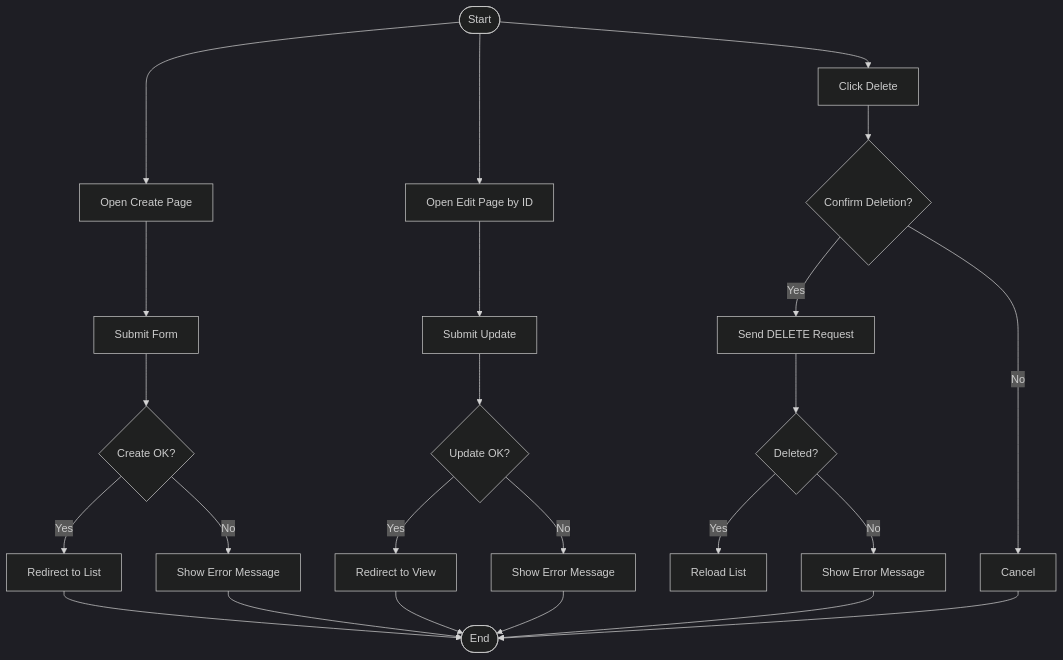
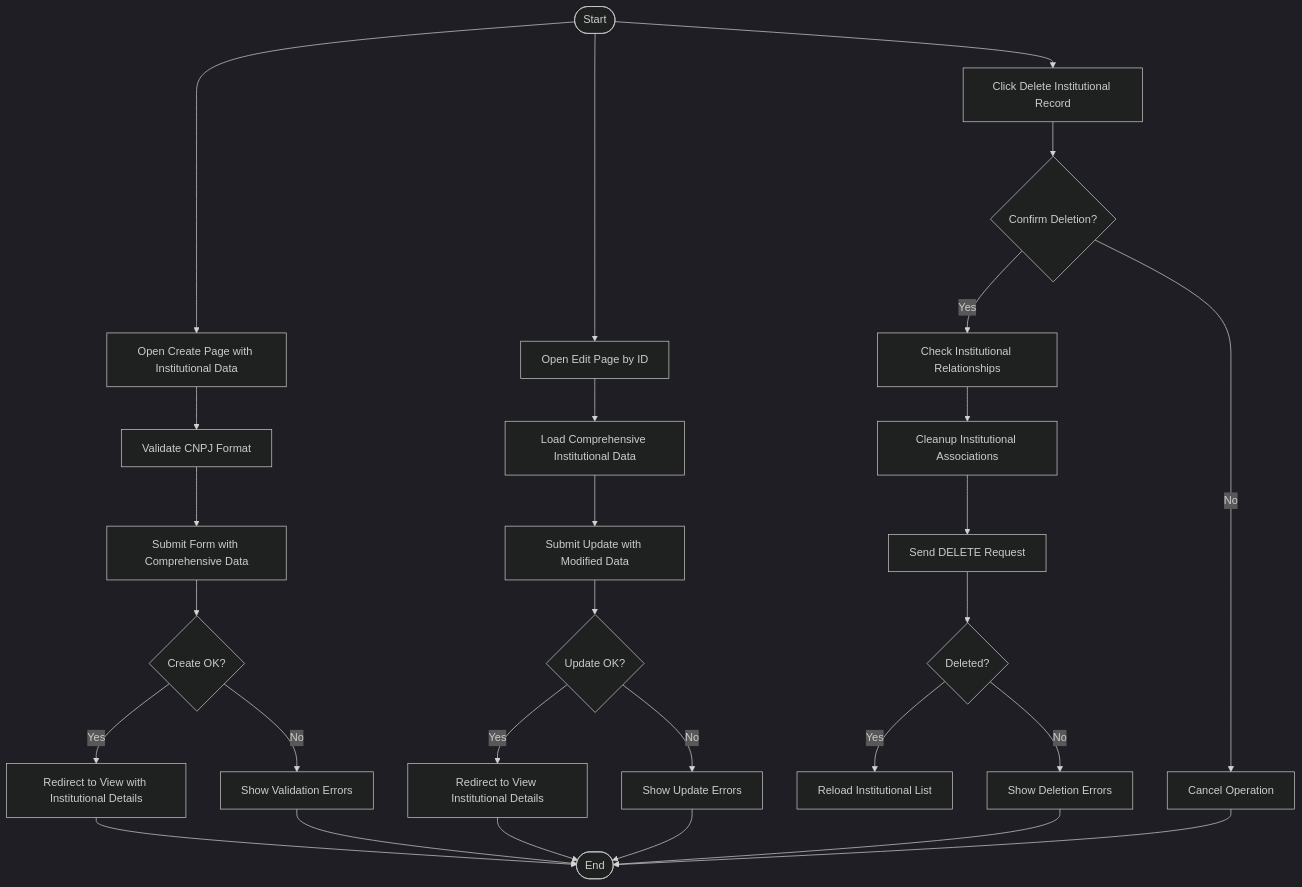
The fifth of 6 diagrams in .qoder/repowiki/en/content/Core Features Implementation/Institutional Management.md (luiseduacosta/nodemural), drawn with Mermaid (dark theme) before and after one commit. The commit also changed other lines of this file and 27 other files, not shown here.

````diff
--- a/.qoder/repowiki/en/content/Core Features Implementation/Institutional Management.md
+++ b/.qoder/repowiki/en/content/Core Features Implementation/Institutional Management.md
@@ -280,26 +339,30 @@
 ```mermaid
 flowchart TD
-Start(["Start"]) --> Create["Open Create Page"]
-Create --> SubmitCreate["Submit Form"]
+Start(["Start"]) --> Create["Open Create Page with Institutional Data"]
+Create --> ValidateCNPJ["Validate CNPJ Format"]
+ValidateCNPJ --> SubmitCreate["Submit Form with Comprehensive Data"]
 SubmitCreate --> CreateOK{"Create OK?"}
-CreateOK --> |Yes| ListRefresh["Redirect to List"]
-CreateOK --> |No| ShowErrorCreate["Show Error Message"]
+CreateOK --> |Yes| ViewRedirect["Redirect to View with Institutional Details"]
+CreateOK --> |No| ShowErrorCreate["Show Validation Errors"]
 Start --> Edit["Open Edit Page by ID"]
-Edit --> SubmitEdit["Submit Update"]
+Edit --> LoadData["Load Comprehensive Institutional Data"]
+LoadData --> SubmitEdit["Submit Update with Modified Data"]
 SubmitEdit --> EditOK{"Update OK?"}
-EditOK --> |Yes| ViewRedirect["Redirect to View"]
-EditOK --> |No| ShowErrorEdit["Show Error Message"]
-Start --> Delete["Click Delete"]
+EditOK --> |Yes| ViewRedirect2["Redirect to View Institutional Details"]
+EditOK --> |No| ShowErrorEdit["Show Update Errors"]
+Start --> Delete["Click Delete Institutional Record"]
 Delete --> Confirm{"Confirm Deletion?"}
-Confirm --> |Yes| DoDelete["Send DELETE Request"]
+Confirm --> |Yes| CheckRelationships["Check Institutional Relationships"]
+CheckRelationships --> Cleanup["Cleanup Institutional Associations"]
+Cleanup --> DoDelete["Send DELETE Request"]
 DoDelete --> DeleteOK{"Deleted?"}
-DeleteOK --> |Yes| ListReload["Reload List"]
-DeleteOK --> |No| ShowErrorDelete["Show Error Message"]
-Confirm --> |No| Cancel["Cancel"]
-ListRefresh --> End(["End"])
-ViewRedirect --> End
+DeleteOK --> |Yes| ListReload["Reload Institutional List"]
+DeleteOK --> |No| ShowErrorDelete["Show Deletion Errors"]
+Confirm --> |No| Cancel["Cancel Operation"]
+ViewRedirect --> End(["End"])
+ViewRedirect2 --> End
 ShowErrorCreate --> End
 ShowErrorEdit --> End
 ShowErrorDelete --> End
 Cancel --> End
 ```
````
